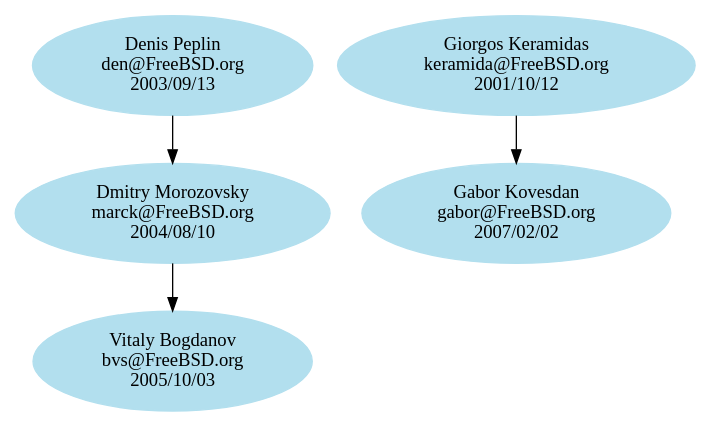
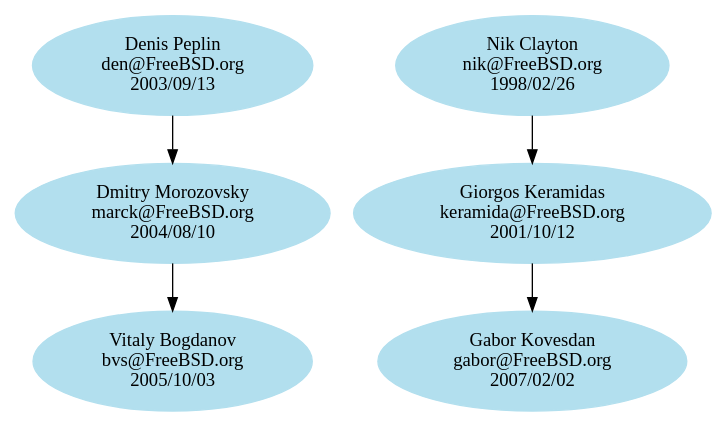
The diagram in share/misc/committers-doc.dot (kelvinyu/unix-history-repo), drawn with Graphviz before and after one commit.

Commit message:
Note that it was Nik Clayton who lured me into doc-committers.

```diff
--- a/share/misc/committers-doc.dot
+++ b/share/misc/committers-doc.dot
@@ -1,43 +1,46 @@
 # $FreeBSD$
 
 digraph doc {
 
 # Node definitions follow this example:
 #
 #   foo [label="Foo Bar\nfoo@FreeBSD.org\n????/??/??"]
 #
 # ????/??/?? is the date when the commit bit was obtained, usually the one you
 # can find looking at CVS logs for the access (or avail) file under CVSROOT.
 #
 # For returned commit bits, the node definition will follow this example:
 #
 #   foo [label="Foo Bar\nfoo@FreeBSD.org\n????/??/??\n????/??/??"]
 #
 # The first date is the same as for an active committer, the second date is
 # the date when the commit bit has been returned. Again, check CVS logs.
 
 node [color=grey62, style=filled, bgcolor=black];
 
 # Alumni go here. Try to keep things sorted.
 
 node [color=lightblue2, style=filled, bgcolor=black];
 
 # Current doc committers go here. Try to keep things sorted.
 
 bvs [label="Vitaly Bogdanov\nbvs@FreeBSD.org\n2005/10/03"]
 den [label="Denis Peplin\nden@FreeBSD.org\n2003/09/13"]
 gabor [label="Gabor Kovesdan\ngabor@FreeBSD.org\n2007/02/02"]
 keramida [label="Giorgos Keramidas\nkeramida@FreeBSD.org\n2001/10/12"]
 marck [label="Dmitry Morozovsky\nmarck@FreeBSD.org\n2004/08/10"]
+nik [label="Nik Clayton\nnik@FreeBSD.org\n1998/02/26"]
 
 # Here are the mentor/mentee relationships.
 # Group together all the mentees for a particular mentor.
 # Keep the list sorted by mentor login.
 
 den -> marck
 
 keramida -> gabor
 
 marck -> bvs
 
+nik -> keramida
+
 }
```
